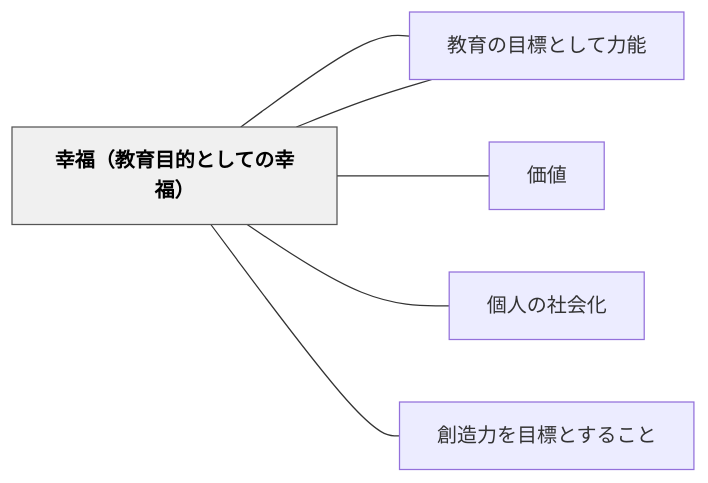
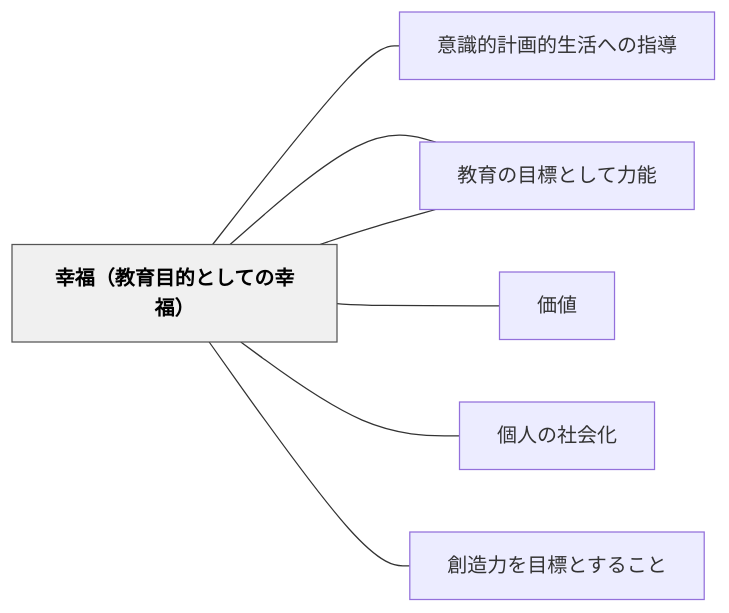
The diagram in content/パタン/幸福（教育目的としての幸福）.md (unknownthings-ed-patterns/unknownthings-ed-patterns), drawn with Mermaid before and after one commit. The commit also changed other lines of this file and 473 other files, not shown here.

````diff
--- a/content/パタン/幸福（教育目的としての幸福）.md
+++ b/content/パタン/幸福（教育目的としての幸福）.md
@@ -117,18 +118,20 @@
 ```mermaid
 flowchart LR
     ne5b9b8e7a68f["幸福（教育目的としての幸福）"]
+    ne6848fe8ad98["意識的計画的生活への指導"]
     ne69599e882b2["教育目的"]
     ne4bea1e580a4["価値"]
     ne5808be4baba["個人の社会化"]
     ne69599e882b2["教育の目標として力能"]
     ne589b5e980a0["創造力を目標とすること"]
 
+    ne5b9b8e7a68f --- ne6848fe8ad98
     ne5b9b8e7a68f --- ne69599e882b2
     ne5b9b8e7a68f --- ne4bea1e580a4
     ne5b9b8e7a68f --- ne5808be4baba
     ne5b9b8e7a68f --- ne69599e882b2
     ne5b9b8e7a68f --- ne589b5e980a0
 
     classDef hub fill:#f0f0f0,stroke:#555,color:#000,font-weight:bold
     class ne5b9b8e7a68f hub
 ```
````
